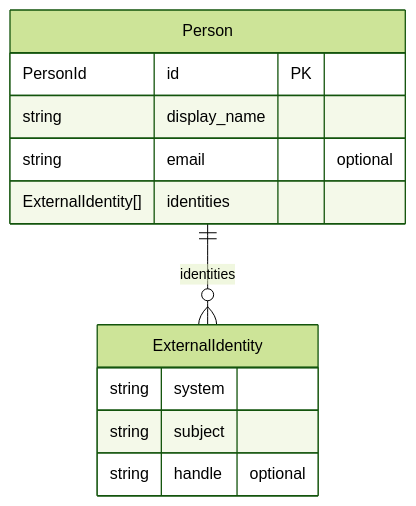
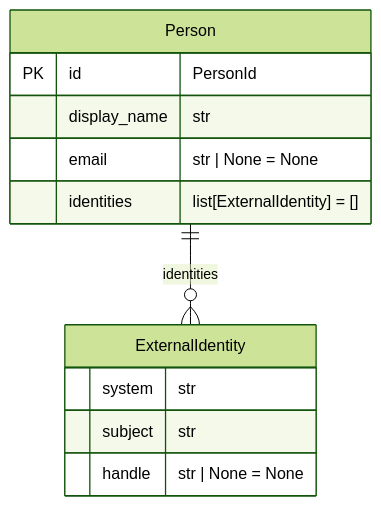
The second of 15 diagrams in domain_models/schemas/domain.erd.md (ortusnova/agentic-orchestration), drawn with Mermaid (forest theme) before and after one commit. The commit also changed other lines of this file and 15 other files, not shown here.

Commit message:
feat(domain-models): diagram fields read key | name | Python type

````diff
--- a/domain_models/schemas/domain.erd.md
+++ b/domain_models/schemas/domain.erd.md
@@ -115,15 +117,15 @@
 ```mermaid
 erDiagram
     Person {
-        PersonId id PK
-        string display_name
-        string email "optional"
-        ExternalIdentity[] identities
+        ⁠PK id "PersonId"
+        ⁠ display_name "str"
+        ⁠ email "str | None = None"
+        ⁠ identities "list[ExternalIdentity] = []"
     }
     ExternalIdentity {
-        string system
-        string subject
-        string handle "optional"
+        ⁠ system "str"
+        ⁠ subject "str"
+        ⁠ handle "str | None = None"
     }
     Person ||--o{ ExternalIdentity : "identities"
 ```
````
